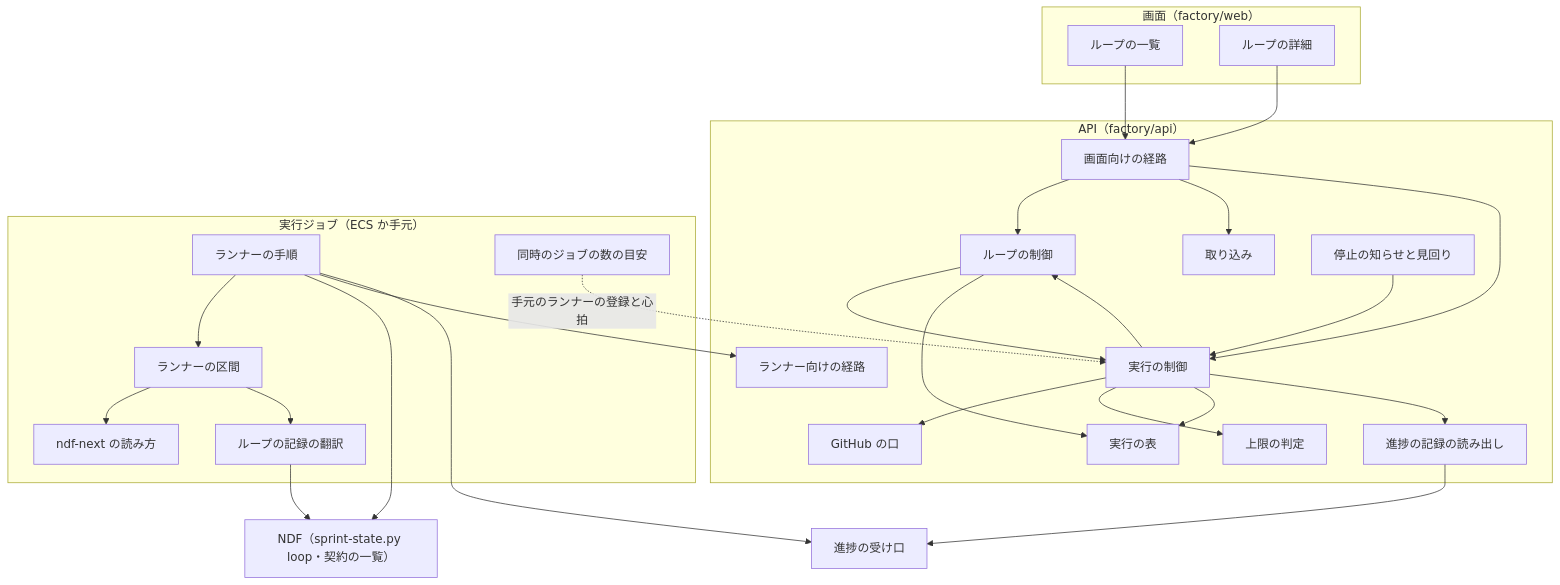
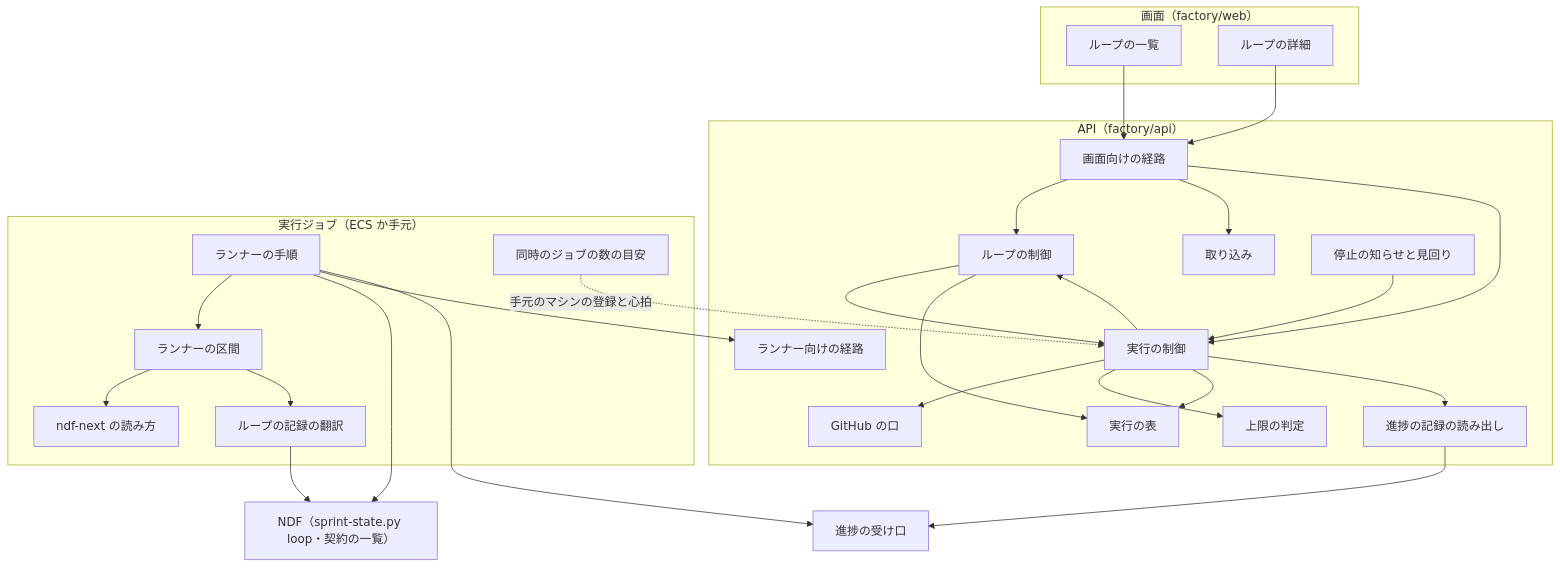
Before and after one commit to devbasex/ai-plugins: the first of 4 diagrams in docs/specifications/ndf-factory-dev-loops.md, drawn with Mermaid. The commit also changed other lines of this file and 33 other files, not shown here.

````diff
--- a/docs/specifications/ndf-factory-dev-loops.md
+++ b/docs/specifications/ndf-factory-dev-loops.md
@@ -49,50 +49,50 @@
 ```mermaid
 graph TD
     subgraph sg1["画面（factory/web）"]
         LP[ループの一覧]
         LD[ループの詳細]
     end
     subgraph sg2["API（factory/api）"]
         RT[画面向けの経路]
         REPO[取り込み]
         GH[GitHub の口]
         LC[ループの制御]
         RC[実行の制御]
         LIM[上限の判定]
         TBL[実行の表]
         READ[進捗の記録の読み出し]
         RAPI[ランナー向けの経路]
         SW[停止の知らせと見回り]
     end
     subgraph sg3["実行ジョブ（ECS か手元）"]
         MAIN[ランナーの手順]
         SEC[ランナーの区間]
         NB[ndf-next の読み方]
         LF[ループの記録の翻訳]
         CAP[同時のジョブの数の目安]
     end
     NDF["NDF（sprint-state.py loop・契約の一覧）"]
     ING[進捗の受け口]
     LP --> RT
     LD --> RT
     RT --> LC
     RT --> REPO
     RT --> RC
     RC --> GH
     LC --> RC
     LC --> TBL
     RC --> LIM
     RC --> TBL
     RC --> READ
     SW --> RC
     RC --> LC
     MAIN --> SEC
     SEC --> NB
     SEC --> LF
     MAIN --> NDF
     LF --> NDF
     MAIN --> RAPI
     MAIN --> ING
-    CAP -.->|手元のランナーの登録と心拍| RC
+    CAP -.->|手元のマシンの登録と心拍| RC
     READ --> ING
 ```
````
